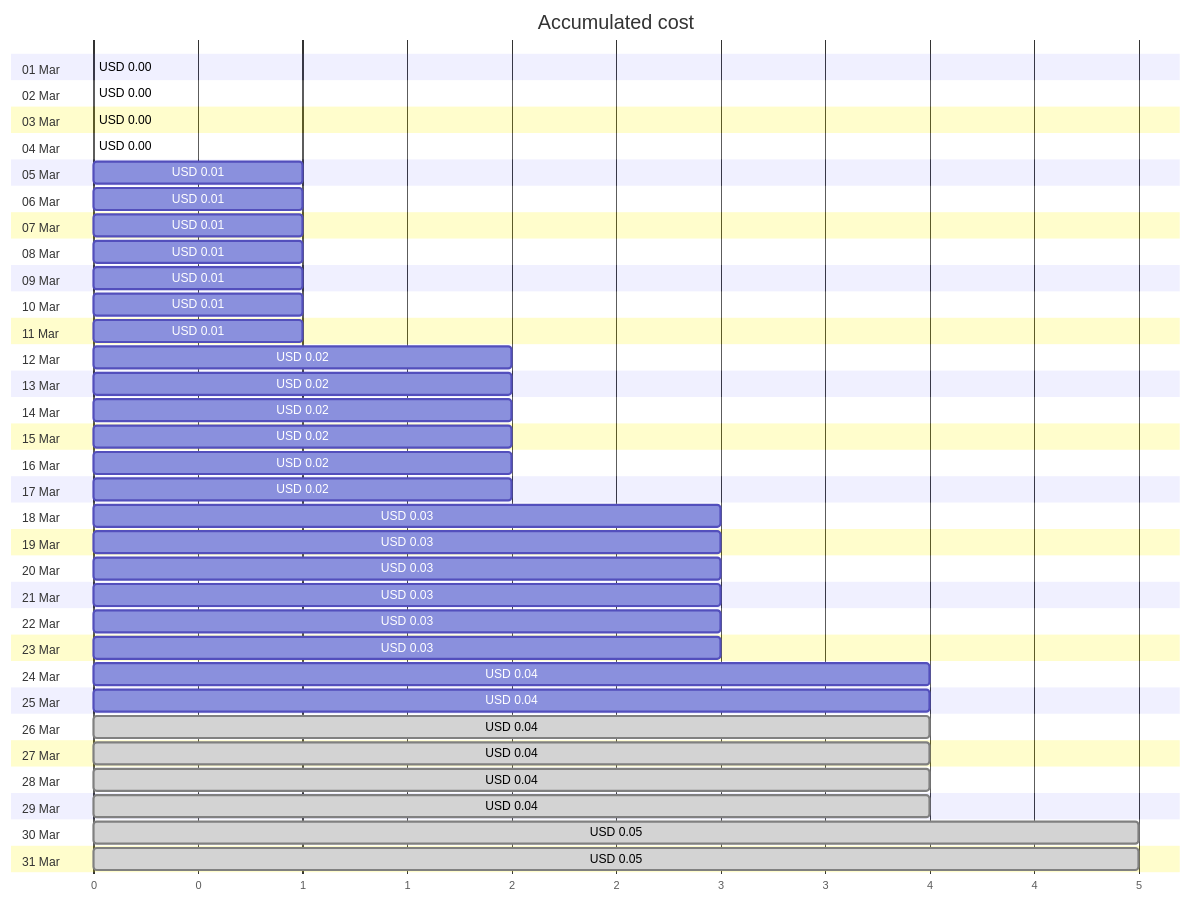
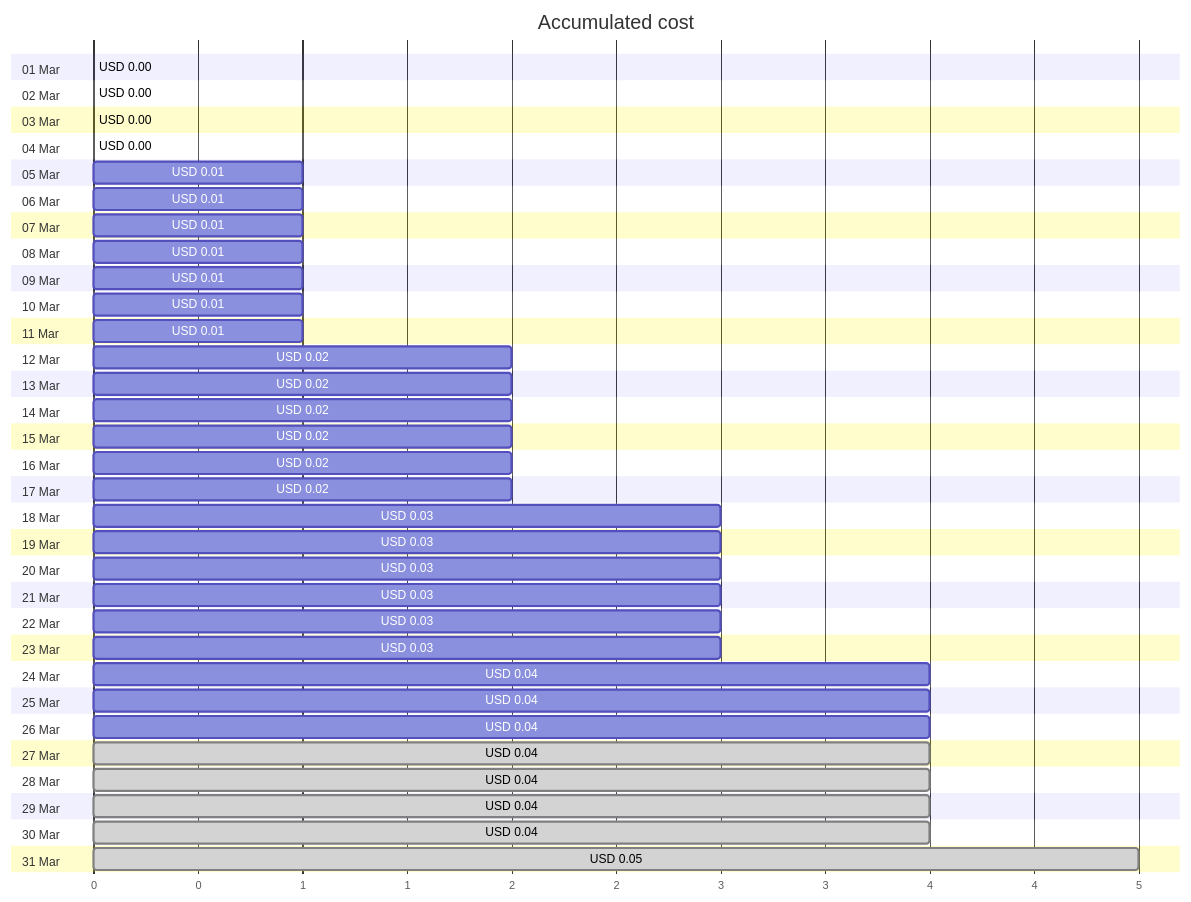
One commit to jpfulton/azure-personal-reports changed the first of 4 diagrams in cost-reports/personal-site/personalsiteapistorage.md. Above: the diagram before and after it, drawn with Mermaid. The commit also changed other lines of this file and 6 other files, not shown here.

````diff
--- a/cost-reports/personal-site/personalsiteapistorage.md
+++ b/cost-reports/personal-site/personalsiteapistorage.md
@@ -20,68 +20,68 @@
 ```mermaid
 gantt
    title Accumulated cost
    dateFormat  X
    axisFormat %s
    section 01 Mar
    USD 0.00 :0, 0
    section 02 Mar
    USD 0.00 :0, 0
    section 03 Mar
    USD 0.00 :0, 0
    section 04 Mar
    USD 0.00 :0, 0
    section 05 Mar
    USD 0.01 :0, 1
    section 06 Mar
    USD 0.01 :0, 1
    section 07 Mar
    USD 0.01 :0, 1
    section 08 Mar
    USD 0.01 :0, 1
    section 09 Mar
    USD 0.01 :0, 1
    section 10 Mar
    USD 0.01 :0, 1
    section 11 Mar
    USD 0.01 :0, 1
    section 12 Mar
    USD 0.02 :0, 2
    section 13 Mar
    USD 0.02 :0, 2
    section 14 Mar
    USD 0.02 :0, 2
    section 15 Mar
    USD 0.02 :0, 2
    section 16 Mar
    USD 0.02 :0, 2
    section 17 Mar
    USD 0.02 :0, 2
    section 18 Mar
    USD 0.03 :0, 3
    section 19 Mar
    USD 0.03 :0, 3
    section 20 Mar
    USD 0.03 :0, 3
    section 21 Mar
    USD 0.03 :0, 3
    section 22 Mar
    USD 0.03 :0, 3
    section 23 Mar
    USD 0.03 :0, 3
    section 24 Mar
    USD 0.04 :0, 4
    section 25 Mar
    USD 0.04 :0, 4
    section 26 Mar
-   USD 0.04 : done, 0, 4
+   USD 0.04 :0, 4
    section 27 Mar
    USD 0.04 : done, 0, 4
    section 28 Mar
    USD 0.04 : done, 0, 4
    section 29 Mar
    USD 0.04 : done, 0, 4
    section 30 Mar
-   USD 0.05 : done, 0, 5
+   USD 0.04 : done, 0, 4
    section 31 Mar
    USD 0.05 : done, 0, 5
 ```
````
